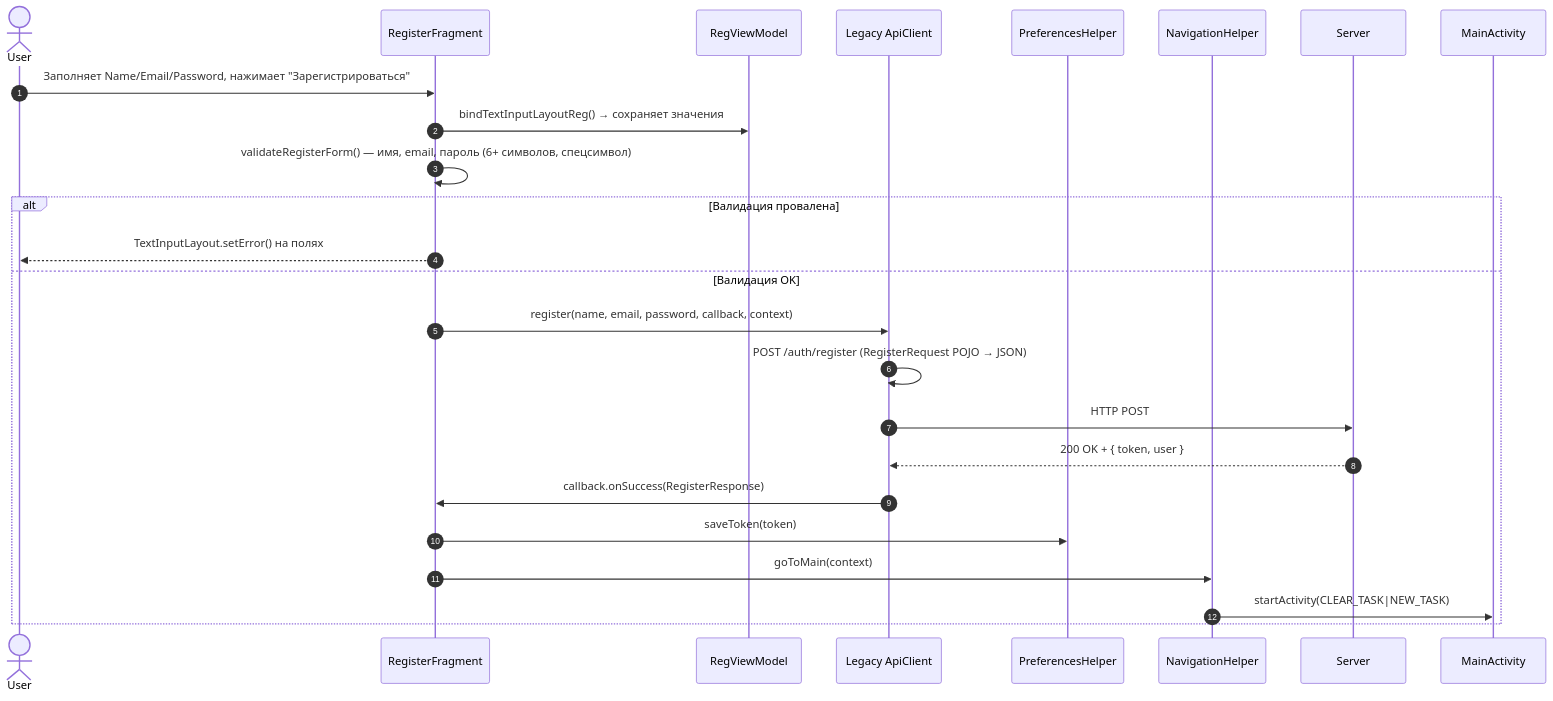
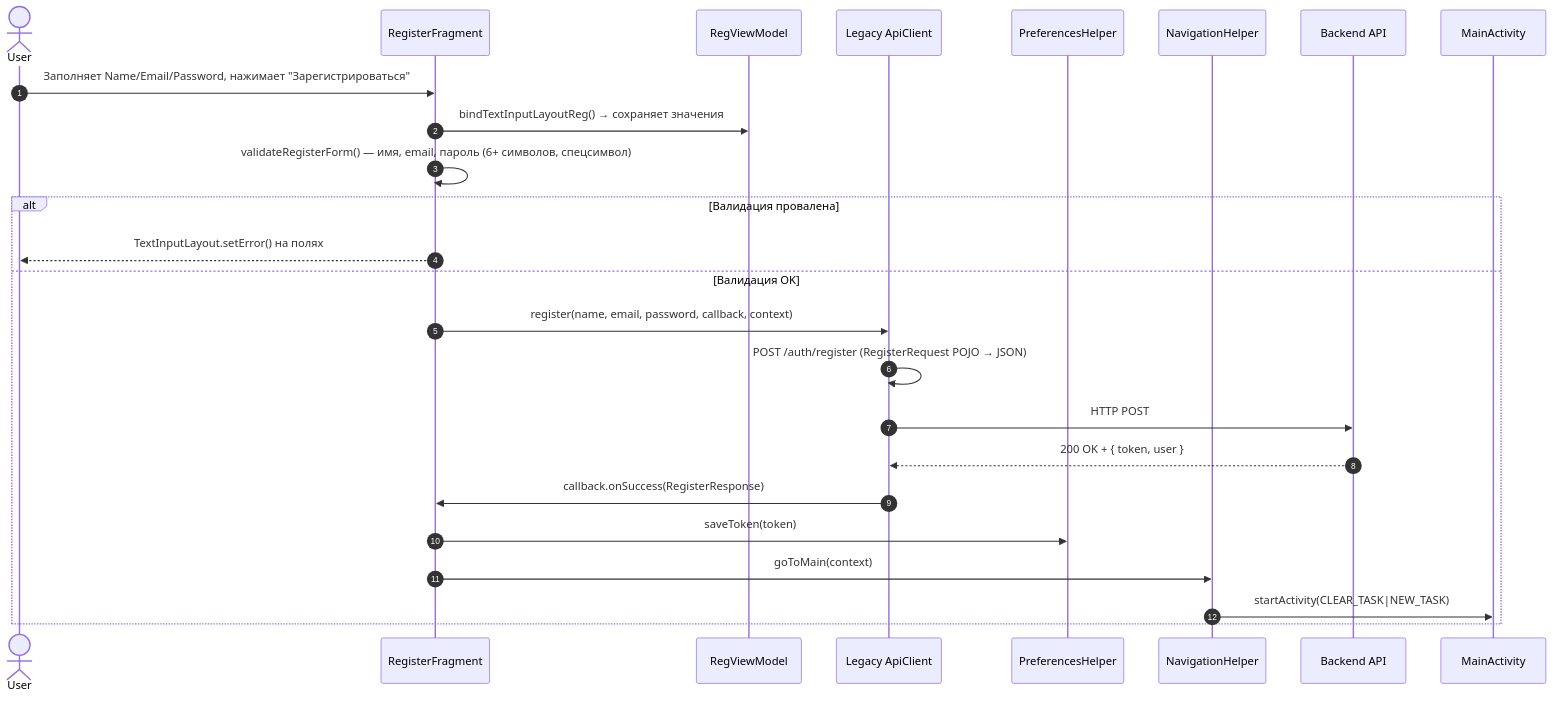
Before and after one commit to Macsik121/campus_ui: the fourth of 9 diagrams in ARCHITECTURE.md, drawn with Mermaid. The commit also changed other lines of this file and 4 other files, not shown here.

````diff
--- a/ARCHITECTURE.md
+++ b/ARCHITECTURE.md
@@ -173,26 +160,27 @@
 ```mermaid
 sequenceDiagram
     autonumber
     actor User
     participant RegF as RegisterFragment
     participant VM as RegViewModel
     participant Api as Legacy ApiClient
     participant Prefs as PreferencesHelper
     participant Nav as NavigationHelper
+    participant Server as Backend API
 
     User->>RegF: Заполняет Name/Email/Password, нажимает "Зарегистрироваться"
     RegF->>VM: bindTextInputLayoutReg() → сохраняет значения
     RegF->>RegF: validateRegisterForm() — имя, email, пароль (6+ символов, спецсимвол)
     alt Валидация провалена
         RegF-->>User: TextInputLayout.setError() на полях
     else Валидация OK
         RegF->>Api: register(name, email, password, callback, context)
         Api->>Api: POST /auth/register (RegisterRequest POJO → JSON)
         Api->>Server: HTTP POST
         Server-->>Api: 200 OK + { token, user }
         Api->>RegF: callback.onSuccess(RegisterResponse)
         RegF->>Prefs: saveToken(token)
         RegF->>Nav: goToMain(context)
         Nav->>MainActivity: startActivity(CLEAR_TASK|NEW_TASK)
     end
 ```
````
